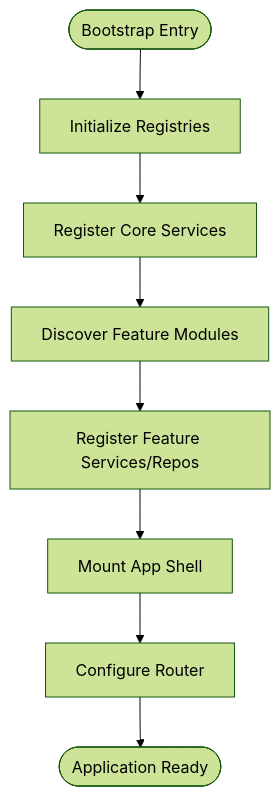
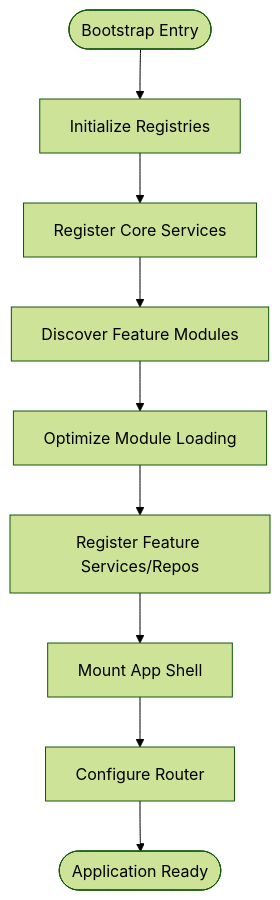
One commit to iliyas77/MTF-monitor changed the fourth of 13 diagrams in .qoder/repowiki/en/content/Architecture Overview/System Architecture.md. Above: the diagram before and after it, drawn with Mermaid (forest theme). The commit also changed other lines of this file and 13 other files, not shown here.

````diff
--- a/.qoder/repowiki/en/content/Architecture Overview/System Architecture.md
+++ b/.qoder/repowiki/en/content/Architecture Overview/System Architecture.md
@@ -185,10 +226,11 @@
 ```mermaid
 flowchart TD
 Start(["Bootstrap Entry"]) --> InitRegistries["Initialize Registries"]
 InitRegistries --> RegisterCore["Register Core Services"]
 RegisterCore --> DiscoverFeatures["Discover Feature Modules"]
-DiscoverFeatures --> RegisterFeatures["Register Feature Services/Repos"]
+DiscoverFeatures --> OptimizeLoading["Optimize Module Loading"]
+OptimizeLoading --> RegisterFeatures["Register Feature Services/Repos"]
 RegisterFeatures --> MountShell["Mount App Shell"]
 MountShell --> ConfigureRouter["Configure Router"]
 ConfigureRouter --> Ready(["Application Ready"])
 ```
````
